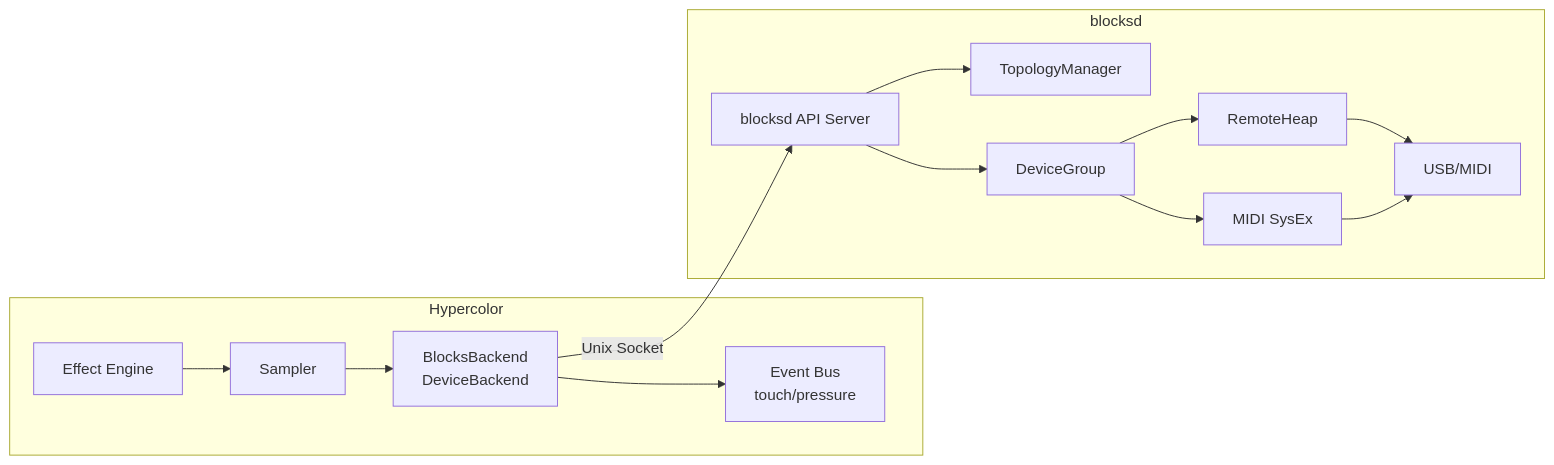
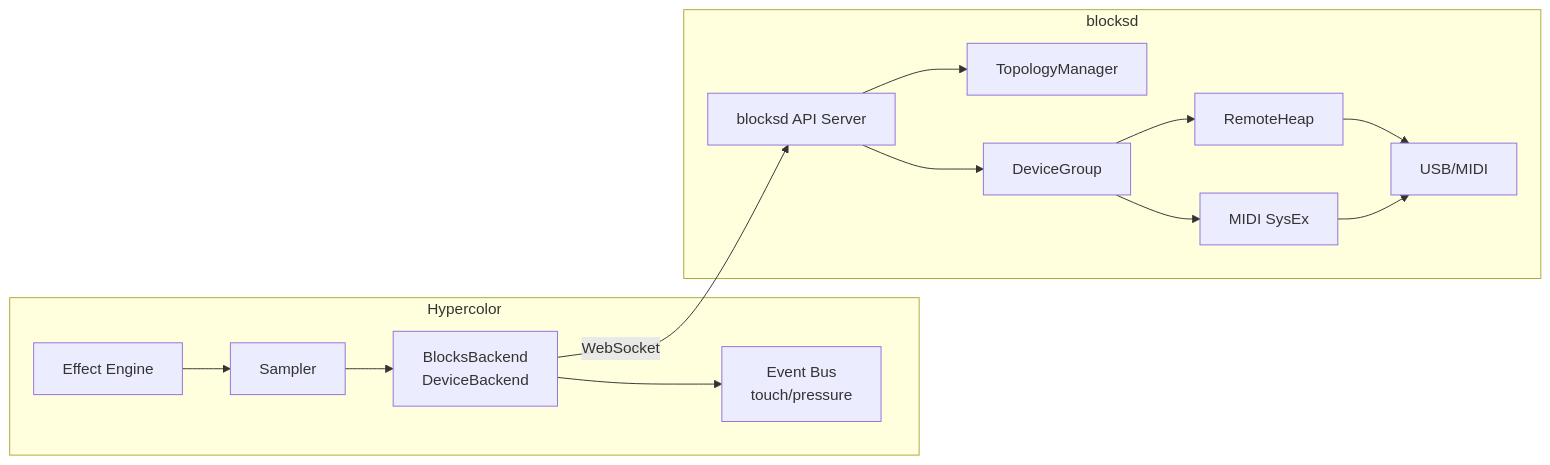
One commit to hyperb1iss/hypercolor changed the first of 4 diagrams in docs/specs/30-roli-blocks-backend.md. Above: the diagram before and after it, drawn with Mermaid. The commit also changed other lines of this file and 38 other files, not shown here.

````diff
--- a/docs/specs/30-roli-blocks-backend.md
+++ b/docs/specs/30-roli-blocks-backend.md
@@ -118,19 +118,19 @@
 ```mermaid
 graph LR
     subgraph Hypercolor
         Engine[Effect Engine] --> Sampler
         Sampler --> Blocks[BlocksBackend<br/>DeviceBackend]
         Blocks --> EventBus[Event Bus<br/>touch/pressure]
     end
 
     subgraph blocksd
         API[blocksd API Server] --> Topo[TopologyManager]
         API --> DG[DeviceGroup]
         DG --> SysEx[MIDI SysEx]
         DG --> Heap[RemoteHeap]
         Heap --> USB[USB/MIDI]
         SysEx --> USB
     end
 
-    Blocks -->|Unix Socket| API
+    Blocks -->|WebSocket| API
 ```
````
